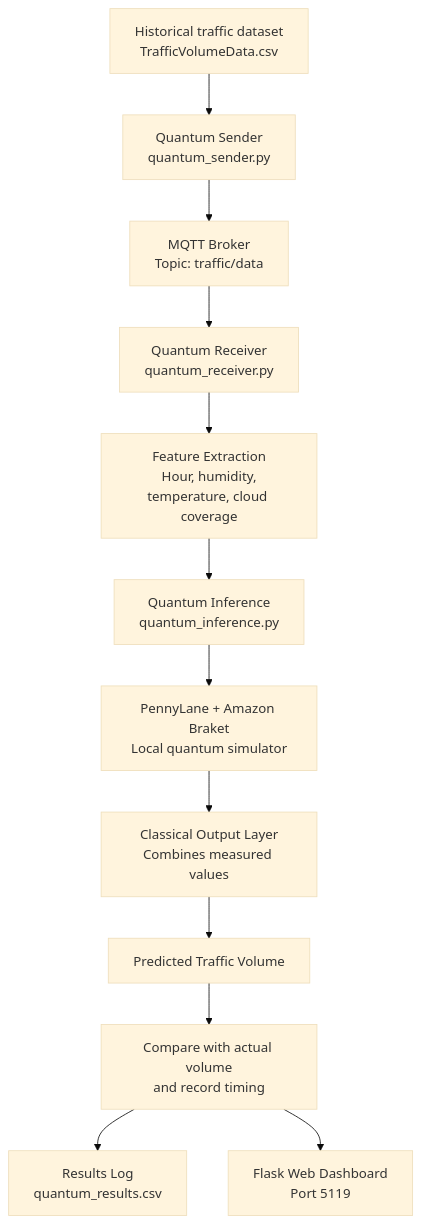
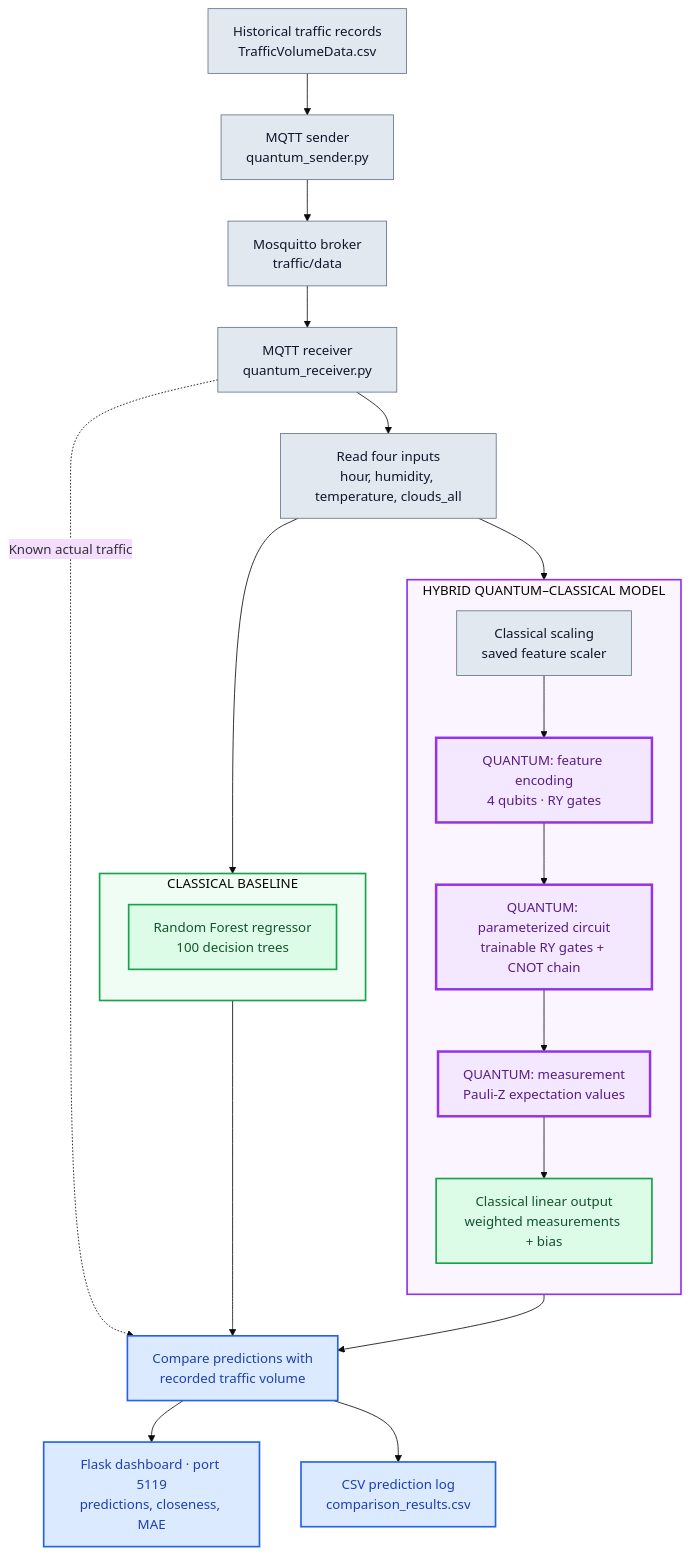
One commit to aimanhaizal/quantum-traffic-mqtt changed the first of 2 diagrams in README.md. Above: the diagram before and after it, drawn with Mermaid (base theme). The commit also changed other lines of this file and 6 other files, not shown here.

Commit message:
feat: add classical ML comparison and update quantum demo documentation

````diff
--- a/README.md
+++ b/README.md
@@ -29,20 +38,47 @@
 ```mermaid
 flowchart TD
-    A["Historical traffic dataset<br/>TrafficVolumeData.csv"]
-    B["Quantum Sender<br/>quantum_sender.py"]
-    C["MQTT Broker<br/>Topic: traffic/data"]
-    D["Quantum Receiver<br/>quantum_receiver.py"]
-    E["Feature Extraction<br/>Hour, humidity,<br/>temperature, cloud coverage"]
-    F["Quantum Inference<br/>quantum_inference.py"]
-    G["PennyLane + Amazon Braket<br/>Local quantum simulator"]
-    H["Classical Output Layer<br/>Combines measured values"]
-    I["Predicted Traffic Volume"]
-    J["Compare with actual volume<br/>and record timing"]
-    K["Results Log<br/>quantum_results.csv"]
-    L["Flask Web Dashboard<br/>Port 5119"]
+    A["Historical traffic records<br/>TrafficVolumeData.csv"]
+    B["MQTT sender<br/>quantum_sender.py"]
+    C["Mosquitto broker<br/>traffic/data"]
+    D["MQTT receiver<br/>quantum_receiver.py"]
+    E["Read four inputs<br/>hour, humidity, temperature, clouds_all"]
 
-    A --> B --> C --> D --> E --> F
-    F --> G --> H --> I --> J
-    J --> K
-    J --> L
+    subgraph Q["HYBRID QUANTUM–CLASSICAL MODEL"]
+        direction TB
+        Q1["Classical scaling<br/>saved feature scaler"]
+        Q2["QUANTUM: feature encoding<br/>4 qubits · RY gates"]
+        Q3["QUANTUM: parameterized circuit<br/>trainable RY gates + CNOT chain"]
+        Q4["QUANTUM: measurement<br/>Pauli-Z expectation values"]
+        Q5["Classical linear output<br/>weighted measurements + bias"]
+        Q1 --> Q2 --> Q3 --> Q4 --> Q5
+    end
+
+    subgraph R["CLASSICAL BASELINE"]
+        direction TB
+        R1["Random Forest regressor<br/>100 decision trees"]
+    end
+
+    F["Compare predictions with<br/>recorded traffic volume"]
+    G["Flask dashboard · port 5119<br/>predictions, closeness, MAE"]
+    H["CSV prediction log<br/>comparison_results.csv"]
+
+    A --> B --> C --> D --> E
+    E --> Q1
+    E --> R1
+    Q5 --> F
+    R1 --> F
+    D -.->|Known actual traffic| F
+    F --> G
+    F --> H
+
+    classDef infra fill:#e2e8f0,stroke:#64748b,color:#0f172a,stroke-width:1px
+    classDef quantum fill:#f3e8ff,stroke:#9333ea,color:#581c87,stroke-width:3px
+    classDef classical fill:#dcfce7,stroke:#16a34a,color:#14532d,stroke-width:2px
+    classDef output fill:#dbeafe,stroke:#2563eb,color:#1e40af,stroke-width:2px
+    class A,B,C,D,E,Q1 infra
+    class Q2,Q3,Q4 quantum
+    class Q5,R1 classical
+    class F,G,H output
+    style Q fill:#faf5ff,stroke:#9333ea,stroke-width:2px
+    style R fill:#f0fdf4,stroke:#16a34a,stroke-width:2px
 ```
````
